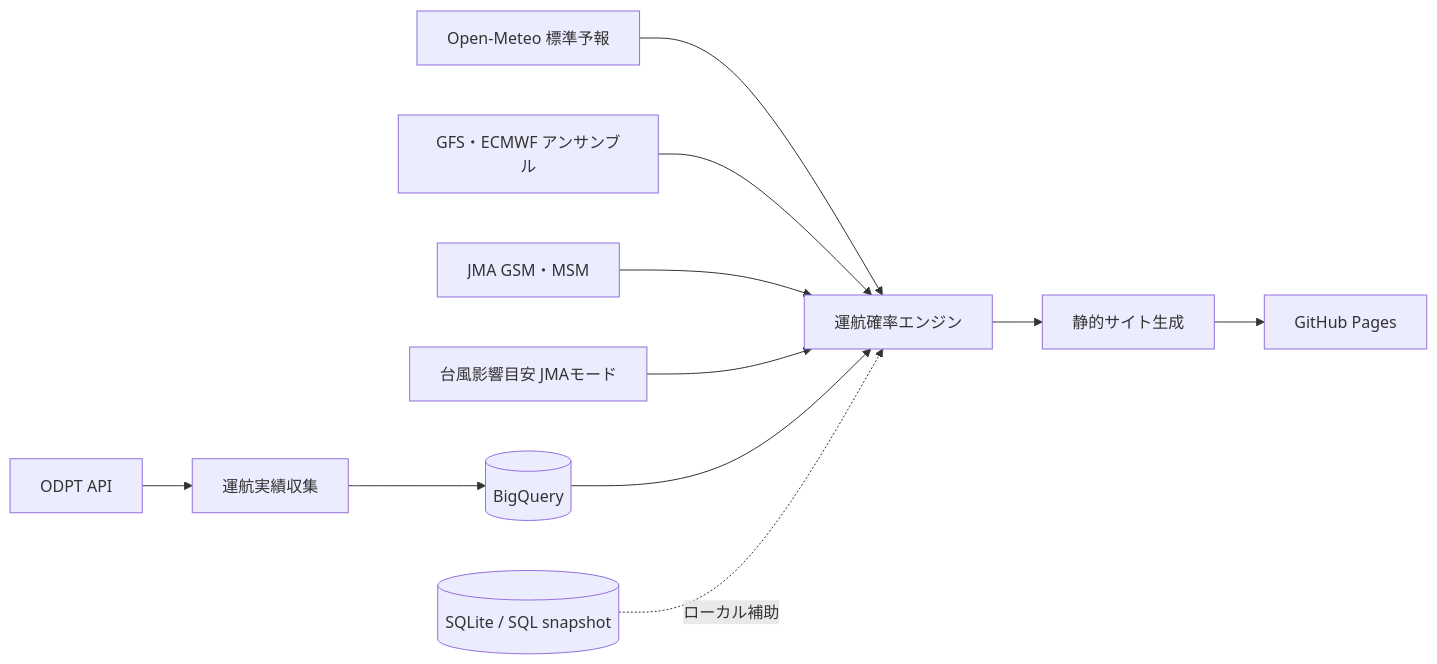
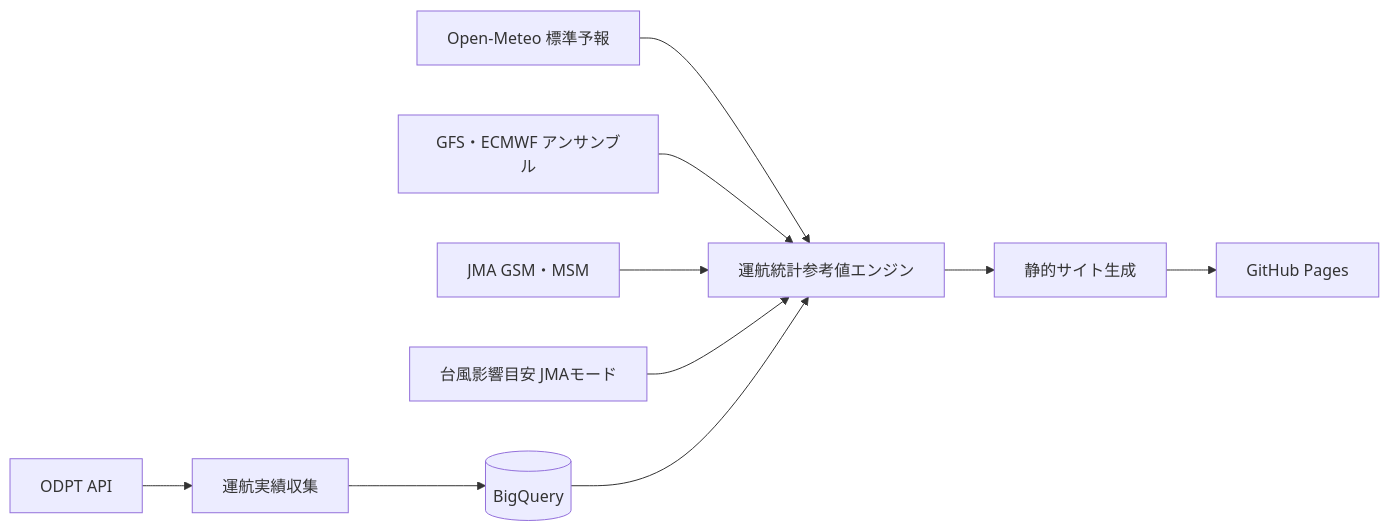
The diagram in README.md (toyo1621/8jo-flight-forecast-bot), drawn with Mermaid before and after one commit. The commit also changed other lines of this file and 41 other files, not shown here.

````diff
--- a/README.md
+++ b/README.md
@@ -40,13 +40,12 @@
 ```mermaid
 flowchart LR
     O[ODPT API] --> C[運航実績収集]
-    M[Open-Meteo 標準予報] --> P[運航確率エンジン]
+    M[Open-Meteo 標準予報] --> P[運航統計参考値エンジン]
     E[GFS・ECMWF アンサンブル] --> P
     J[JMA GSM・MSM] --> P
     T[台風影響目安 JMAモード] --> P
     C --> Q[(BigQuery)]
     Q --> P
-    S[(SQLite / SQL snapshot)] -. ローカル補助 .-> P
     P --> B[静的サイト生成]
     B --> G[GitHub Pages]
 ```
````
